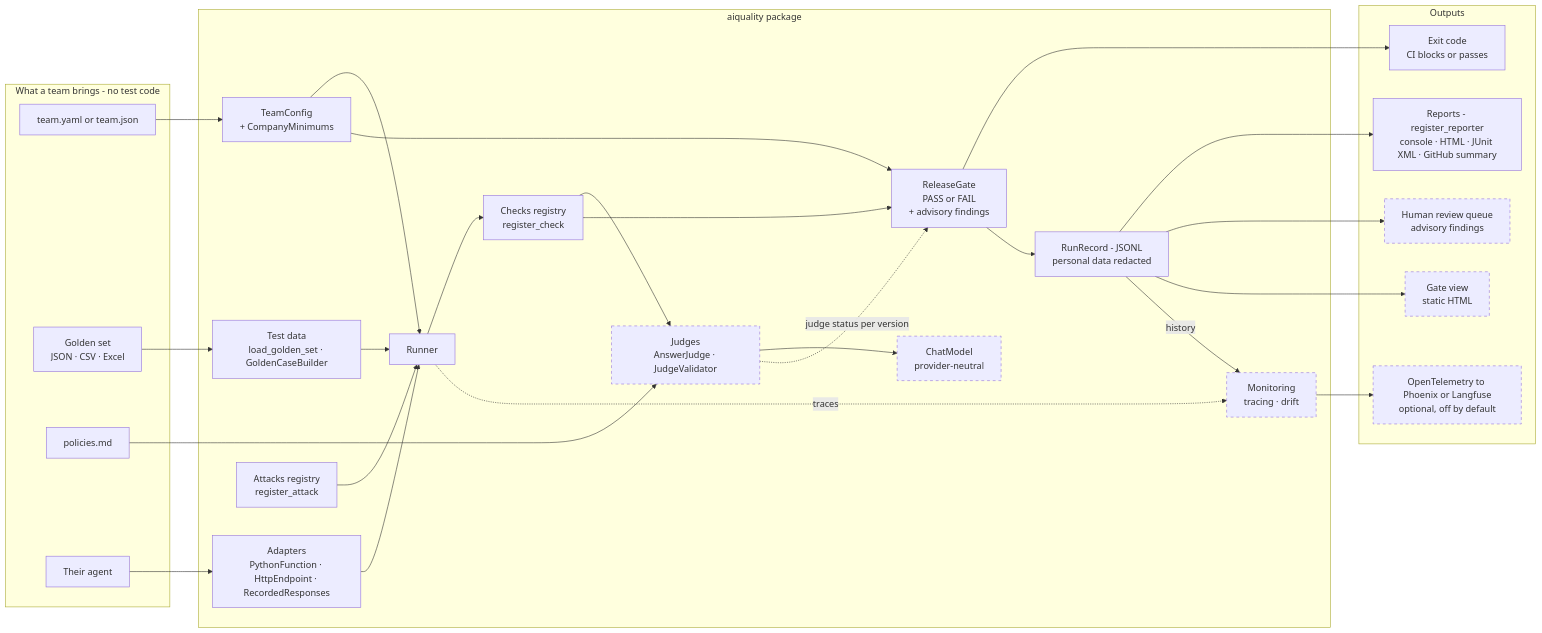
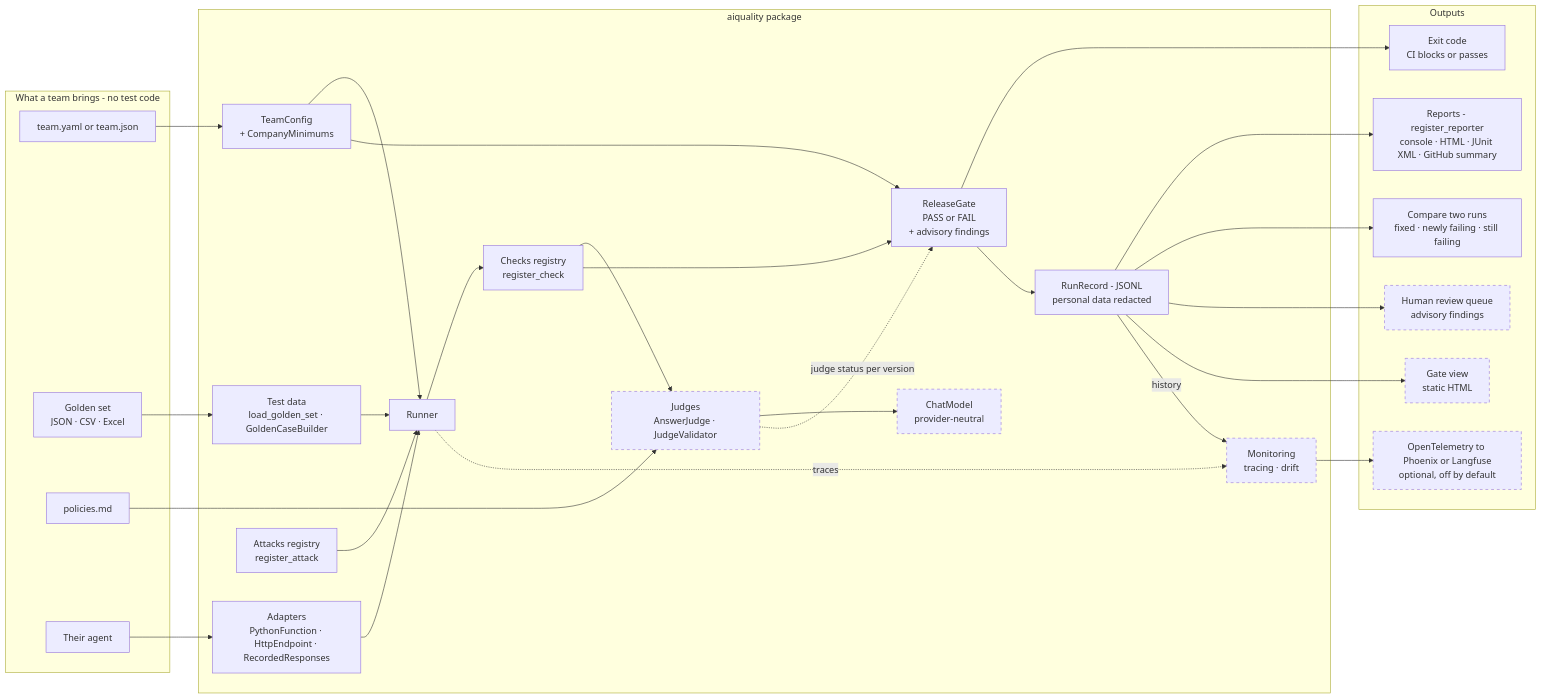
Before and after one commit to rahulsharma-qe/ai-quality-lab: the first of 3 diagrams in docs/architecture.md, drawn with Mermaid. The commit also changed other lines of this file and 8 other files, not shown here.

First line of the commit message:
Add 'aiquality compare': what a change fixed and what it newly broke

````diff
--- a/docs/architecture.md
+++ b/docs/architecture.md
@@ -12,53 +12,55 @@
 ```mermaid
 flowchart LR
   subgraph TEAM["What a team brings - no test code"]
     CFG["team.yaml or team.json"]
     GS["Golden set<br/>JSON · CSV · Excel"]
     POL["policies.md"]
     AG["Their agent"]
   end
   subgraph CORE["aiquality package"]
     TC["TeamConfig<br/>+ CompanyMinimums"]
     TD["Test data<br/>load_golden_set · GoldenCaseBuilder"]
     AD["Adapters<br/>PythonFunction · HttpEndpoint · RecordedResponses"]
     ATK["Attacks registry<br/>register_attack"]
     RUN["Runner"]
     CHK["Checks registry<br/>register_check"]
     JDG["Judges<br/>AnswerJudge · JudgeValidator"]
     MDL["ChatModel<br/>provider-neutral"]
     GATE["ReleaseGate<br/>PASS or FAIL<br/>+ advisory findings"]
     RR["RunRecord - JSONL<br/>personal data redacted"]
     MON["Monitoring<br/>tracing · drift"]
   end
   subgraph OUT["Outputs"]
     EXIT["Exit code<br/>CI blocks or passes"]
     REP["Reports - register_reporter<br/>console · HTML · JUnit XML · GitHub summary"]
+    CMP["Compare two runs<br/>fixed · newly failing · still failing"]
     HRQ["Human review queue<br/>advisory findings"]
     GV["Gate view<br/>static HTML"]
     OTEL["OpenTelemetry to Phoenix or Langfuse<br/>optional, off by default"]
   end
   CFG --> TC
   GS --> TD
   AG --> AD
   POL --> JDG
   TC --> RUN
   TD --> RUN
   ATK --> RUN
   AD --> RUN
   RUN --> CHK
   CHK --> JDG
   JDG --> MDL
   CHK --> GATE
   TC --> GATE
   JDG -.->|"judge status per version"| GATE
   GATE --> EXIT
   GATE --> RR
   RR --> REP
+  RR --> CMP
   RR --> HRQ
   RR --> GV
   RUN -.->|"traces"| MON
   RR -->|"history"| MON
   MON --> OTEL
   classDef later stroke-dasharray: 5 5
   class JDG,MDL,MON,HRQ,GV,OTEL later
 ```
````
